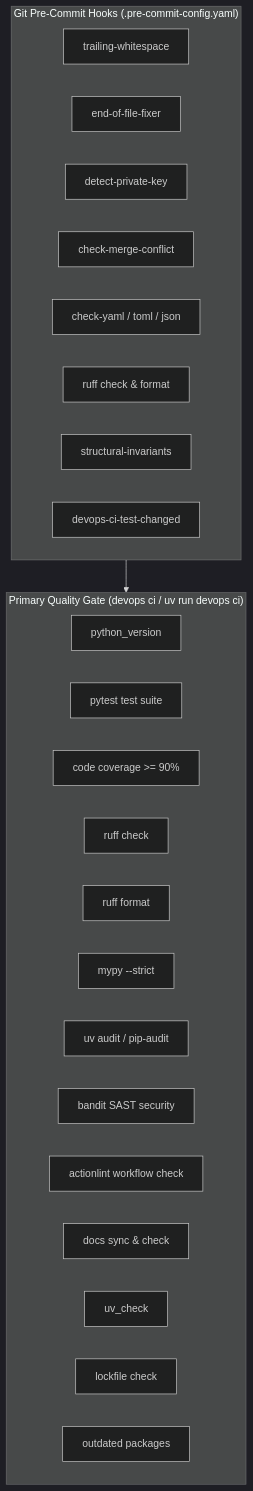
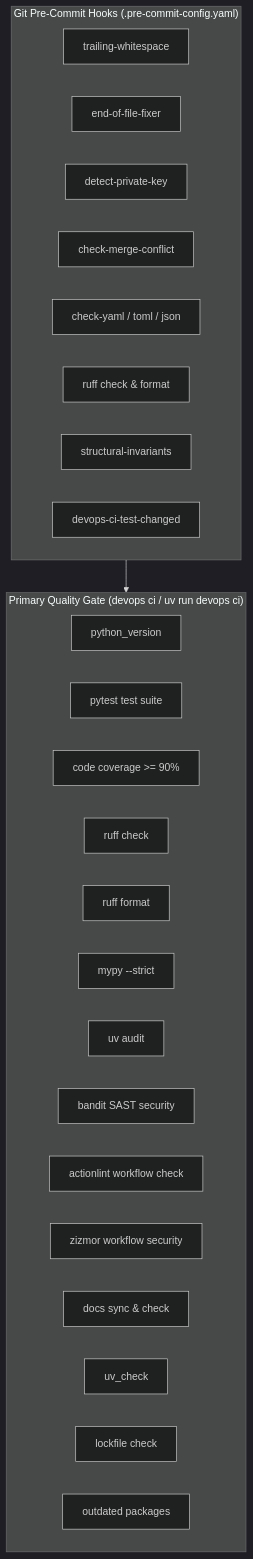
Before and after one commit to dan-petty/devops-cli: the fifth of 8 diagrams in docs/SDLC.md, drawn with Mermaid (dark theme). The commit also changed other lines of this file and 20 other files, not shown here.

````diff
--- a/docs/SDLC.md
+++ b/docs/SDLC.md
@@ -153,31 +153,32 @@
 ```mermaid
 flowchart TD
     subgraph PreCommit["Git Pre-Commit Hooks (.pre-commit-config.yaml)"]
         H1[trailing-whitespace]
         H2[end-of-file-fixer]
         H3[detect-private-key]
         H4[check-merge-conflict]
         H5[check-yaml / toml / json]
         H6[ruff check & format]
         H7[structural-invariants]
         H8[devops-ci-test-changed]
     end
 
     subgraph CIQualityGate["Primary Quality Gate (devops ci / uv run devops ci)"]
         G1[python_version]
         G2[pytest test suite]
         G3[code coverage >= 90%]
         G4[ruff check]
         G5[ruff format]
         G6[mypy --strict]
-        G7[uv audit / pip-audit]
+        G7[uv audit]
         G8[bandit SAST security]
         G9[actionlint workflow check]
+        G9b[zizmor workflow security]
         G10[docs sync & check]
         G11[uv_check]
         G12[lockfile check]
         G13[outdated packages]
     end
 
     PreCommit --> CIQualityGate
 ```
````
